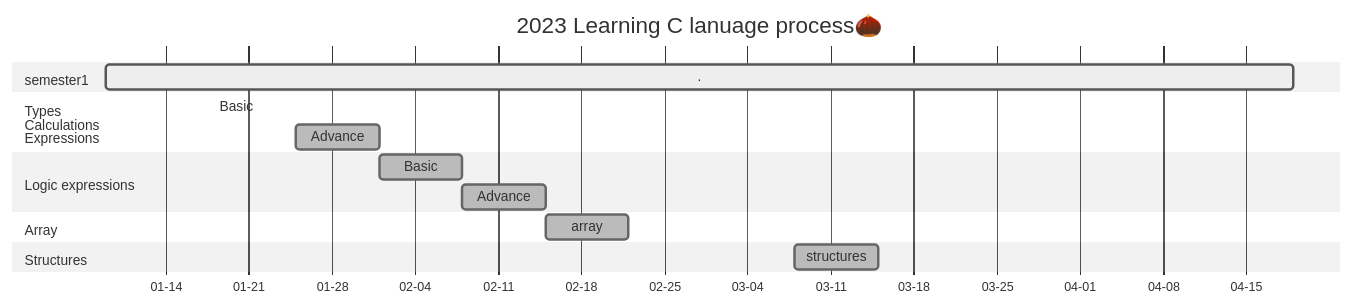
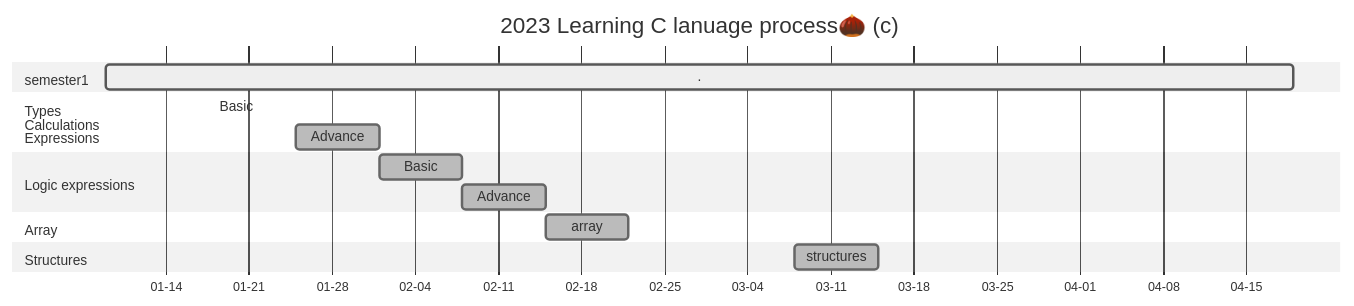
The diagram in README.md (AimeeWen1992/Learning-C), drawn with Mermaid (neutral theme) before and after one commit. The commit also changed other lines of this file, not shown here.

````diff
--- a/README.md
+++ b/README.md
@@ -21,24 +15,24 @@
 ```mermaid
 gantt
-title 2023 Learning C lanuage process🌰
+title 2023 Learning C lanuage process🌰 (c)
 dateFormat YYYY-MM-DD
 axisFormat %m-%d
 section semester1
         .            :active,01-09,100d
 section Types<br />Calculations<br />Expressions
         Basic   :done,01-18,7
         Advance :done,01-25,7d
 
 section Logic expressions
         Basic   :done,des1,02-01,7d
         Advance :done,des2,after des1,7d
 
 section Array
         array :done,02-15,7d
 
 section Structures
         structures :done,03-08,7d
 
 section Fountion
 
 ```
````
